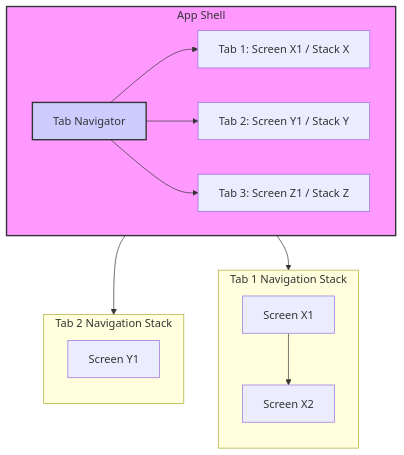
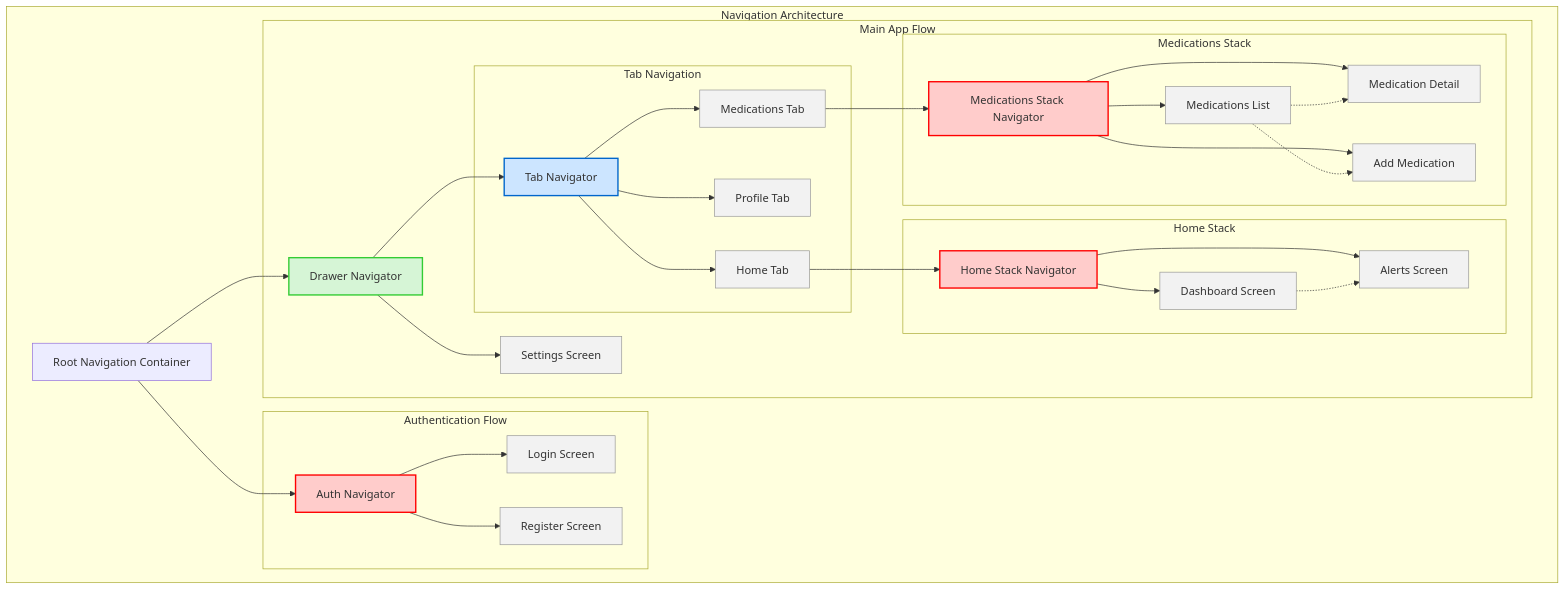
One commit to nickPattLB303/react-native-examples changed the diagram in modules/module-11-navigation-and-routing/section-01-navigation-concepts.md. Above: the diagram before and after it, drawn with Mermaid. The commit also changed other lines of this file and 5 other files, not shown here.

````diff
--- a/modules/module-11-navigation-and-routing/section-01-navigation-concepts.md
+++ b/modules/module-11-navigation-and-routing/section-01-navigation-concepts.md
@@ -43,27 +22,67 @@
 ```mermaid
-graph TD;
-    subgraph AppShell[App Shell]
-        direction LR
-        TN[Tab Navigator] --> T1[Tab 1: Screen X1 / Stack X];
-        TN --> T2[Tab 2: Screen Y1 / Stack Y];
-        TN --> T3[Tab 3: Screen Z1 / Stack Z];
+graph TD
+    subgraph "Navigation Architecture"
+        Root[Root Navigation Container]
+
+        subgraph "Authentication Flow"
+            Auth[Auth Navigator]
+            Login[Login Screen]
+            Register[Register Screen]
+            Auth --> Login
+            Auth --> Register
+        end
+
+        subgraph "Main App Flow"
+            Drawer[Drawer Navigator]
+
+            subgraph "Tab Navigation"
+                Tabs[Tab Navigator]
+                HomeTab[Home Tab]
+                ProfileTab[Profile Tab]
+                MedsTab[Medications Tab]
+                Tabs --> HomeTab
+                Tabs --> ProfileTab
+                Tabs --> MedsTab
+            end
+
+            subgraph "Home Stack"
+                HomeStack[Home Stack Navigator]
+                HomeDash[Dashboard Screen]
+                Alerts[Alerts Screen]
+                HomeStack --> HomeDash
+                HomeStack --> Alerts
+                HomeDash -.-> Alerts
+            end
+
+            subgraph "Medications Stack"
+                MedsStack[Medications Stack Navigator]
+                MedsList[Medications List]
+                MedDetail[Medication Detail]
+                AddMed[Add Medication]
+                MedsStack --> MedsList
+                MedsStack --> MedDetail
+                MedsStack --> AddMed
+                MedsList -.-> MedDetail
+                MedsList -.-> AddMed
+            end
+
+            Drawer --> Tabs
+            Drawer --> Settings[Settings Screen]
+            HomeTab --> HomeStack
+            MedsTab --> MedsStack
+        end
+
+        Root --> Auth
+        Root --> Drawer
     end
 
-    subgraph Tab1Stack[Tab 1 Navigation Stack]
-        direction TB
-        X2[Screen X2]
-        X1_top[Screen X1]
-        X1_top --> X2;
-    end
+    classDef stack fill:#ffcccb,stroke:#ff0000,stroke-width:2px;
+    classDef tabs fill:#cce5ff,stroke:#0066cc,stroke-width:2px;
+    classDef drawer fill:#d6f5d6,stroke:#33cc33,stroke-width:2px;
+    classDef screen fill:#f2f2f2,stroke:#999999,stroke-width:1px;
 
-    subgraph Tab2Stack[Tab 2 Navigation Stack]
-        direction TB
-        Y1_top[Screen Y1]
-    end
-
-    T1 --> X1_top;
-    T2 --> Y1_top;
-
-    style AppShell fill:#f9f,stroke:#333,stroke-width:2px;
-    style TN fill:#ccf,stroke:#333,stroke-width:2px;
+    class Auth,HomeStack,MedsStack stack;
+    class Tabs tabs;
+    class Drawer drawer;
+    class Login,Register,HomeDash,Alerts,MedsList,MedDetail,AddMed,Settings,ProfileTab,HomeTab,MedsTab screen;
 ```
````
